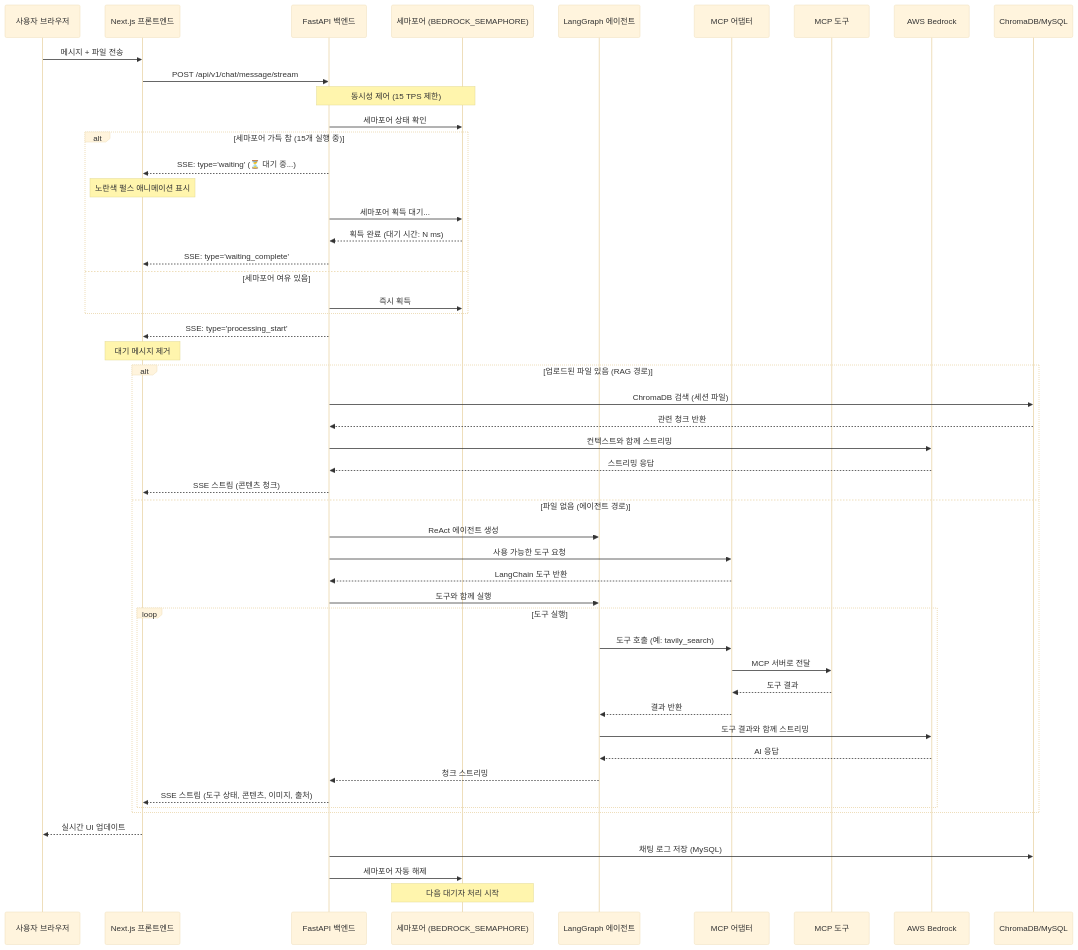
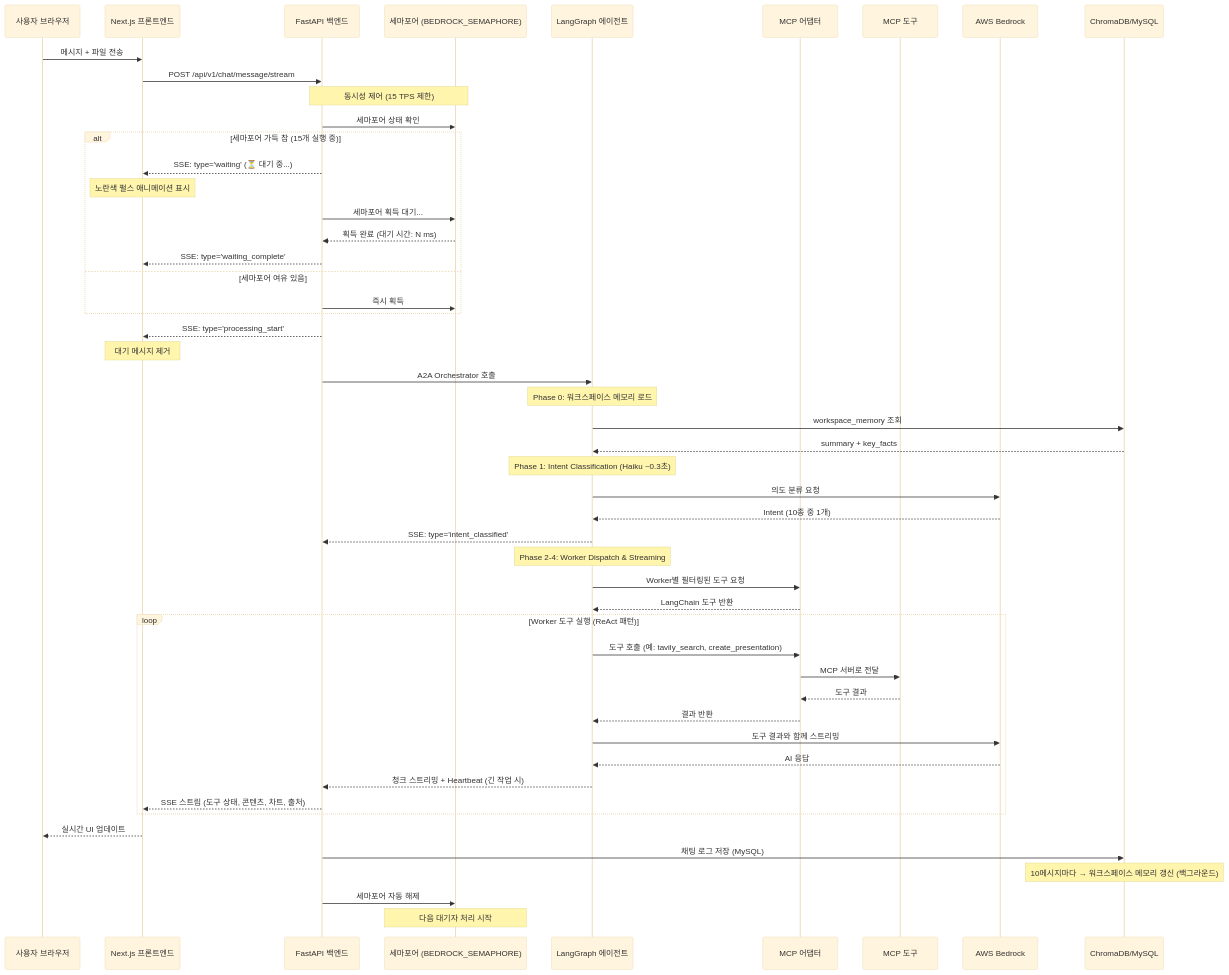
The second of 5 diagrams in ARCHITECTURE.md (KimYongKuk/LucidNextGen), drawn with Mermaid (base theme) before and after one commit. The commit also changed other lines of this file and 70 other files, not shown here.

First line of the commit message:
PPT 생성 모듈, 워크스페이스 메모리, What's New 등 주요 기능 추가

````diff
--- a/ARCHITECTURE.md
+++ b/ARCHITECTURE.md
@@ -148,60 +159,63 @@
 ```mermaid
 sequenceDiagram
     participant User as 사용자 브라우저
     participant Next as Next.js 프론트엔드
     participant Fast as FastAPI 백엔드
     participant Sem as 세마포어 (BEDROCK_SEMAPHORE)
     participant Agent as LangGraph 에이전트
     participant MCP as MCP 어댑터
     participant Tools as MCP 도구
     participant Bedrock as AWS Bedrock
     participant DB as ChromaDB/MySQL
 
     User->>Next: 메시지 + 파일 전송
     Next->>Fast: POST /api/v1/chat/message/stream
 
     Note over Fast,Sem: 동시성 제어 (15 TPS 제한)
     Fast->>Sem: 세마포어 상태 확인
 
     alt 세마포어 가득 참 (15개 실행 중)
         Fast-->>Next: SSE: type='waiting' (⏳ 대기 중...)
         Note over Next: 노란색 펄스 애니메이션 표시
         Fast->>Sem: 세마포어 획득 대기...
         Sem-->>Fast: 획득 완료 (대기 시간: N ms)
         Fast-->>Next: SSE: type='waiting_complete'
     else 세마포어 여유 있음
         Fast->>Sem: 즉시 획득
     end
 
     Fast-->>Next: SSE: type='processing_start'
     Note over Next: 대기 메시지 제거
 
-    alt 업로드된 파일 있음 (RAG 경로)
-        Fast->>DB: ChromaDB 검색 (세션 파일)
-        DB-->>Fast: 관련 청크 반환
-        Fast->>Bedrock: 컨텍스트와 함께 스트리밍
-        Bedrock-->>Fast: 스트리밍 응답
-        Fast-->>Next: SSE 스트림 (콘텐츠 청크)
-    else 파일 없음 (에이전트 경로)
-        Fast->>Agent: ReAct 에이전트 생성
-        Fast->>MCP: 사용 가능한 도구 요청
-        MCP-->>Fast: LangChain 도구 반환
-        Fast->>Agent: 도구와 함께 실행
+    Fast->>Agent: A2A Orchestrator 호출
 
-        loop 도구 실행
-            Agent->>MCP: 도구 호출 (예: tavily_search)
-            MCP->>Tools: MCP 서버로 전달
-            Tools-->>MCP: 도구 결과
-            MCP-->>Agent: 결과 반환
-            Agent->>Bedrock: 도구 결과와 함께 스트리밍
-            Bedrock-->>Agent: AI 응답
-            Agent-->>Fast: 청크 스트리밍
-            Fast-->>Next: SSE 스트림 (도구 상태, 콘텐츠, 이미지, 출처)
-        end
+    Note over Agent: Phase 0: 워크스페이스 메모리 로드
+    Agent->>DB: workspace_memory 조회
+    DB-->>Agent: summary + key_facts
+
+    Note over Agent: Phase 1: Intent Classification (Haiku ~0.3초)
+    Agent->>Bedrock: 의도 분류 요청
+    Bedrock-->>Agent: Intent (10종 중 1개)
+    Agent-->>Fast: SSE: type='intent_classified'
+
+    Note over Agent: Phase 2-4: Worker Dispatch & Streaming
+    Agent->>MCP: Worker별 필터링된 도구 요청
+    MCP-->>Agent: LangChain 도구 반환
+
+    loop Worker 도구 실행 (ReAct 패턴)
+        Agent->>MCP: 도구 호출 (예: tavily_search, create_presentation)
+        MCP->>Tools: MCP 서버로 전달
+        Tools-->>MCP: 도구 결과
+        MCP-->>Agent: 결과 반환
+        Agent->>Bedrock: 도구 결과와 함께 스트리밍
+        Bedrock-->>Agent: AI 응답
+        Agent-->>Fast: 청크 스트리밍 + Heartbeat (긴 작업 시)
+        Fast-->>Next: SSE 스트림 (도구 상태, 콘텐츠, 차트, 출처)
     end
 
     Next-->>User: 실시간 UI 업데이트
     Fast->>DB: 채팅 로그 저장 (MySQL)
+    Note over DB: 10메시지마다 → 워크스페이스 메모리 갱신 (백그라운드)
     Fast->>Sem: 세마포어 자동 해제
     Note over Sem: 다음 대기자 처리 시작
 ```
````
